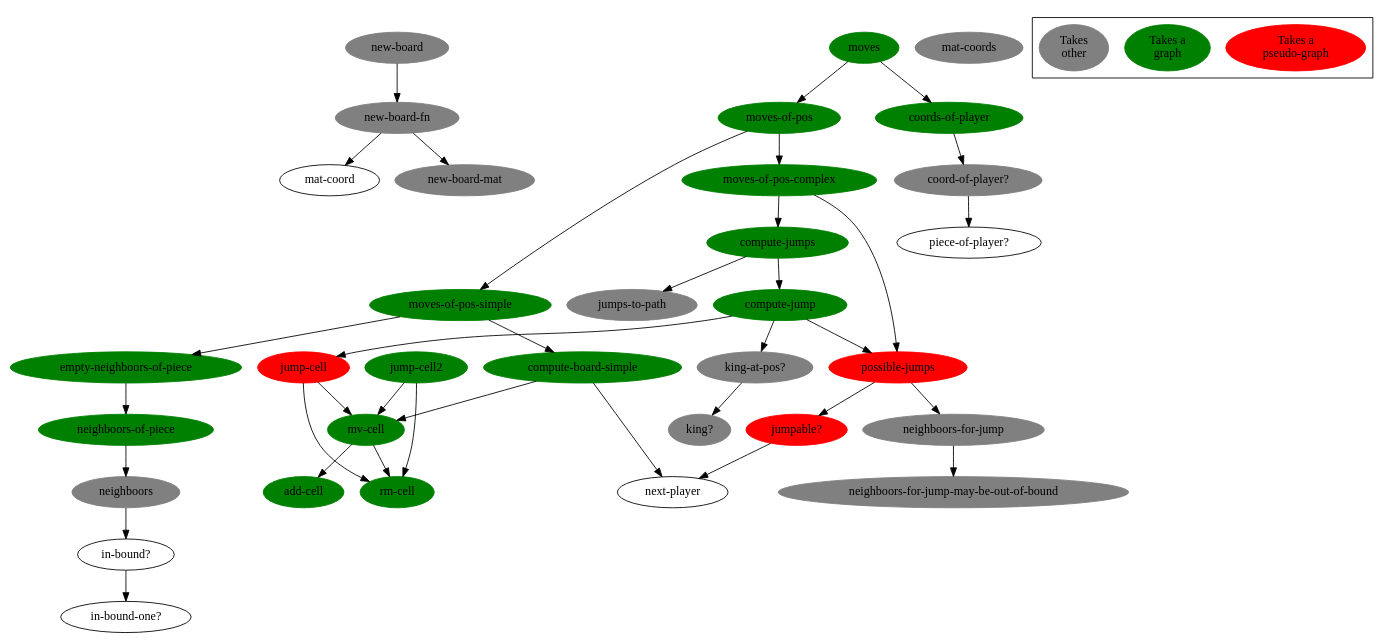
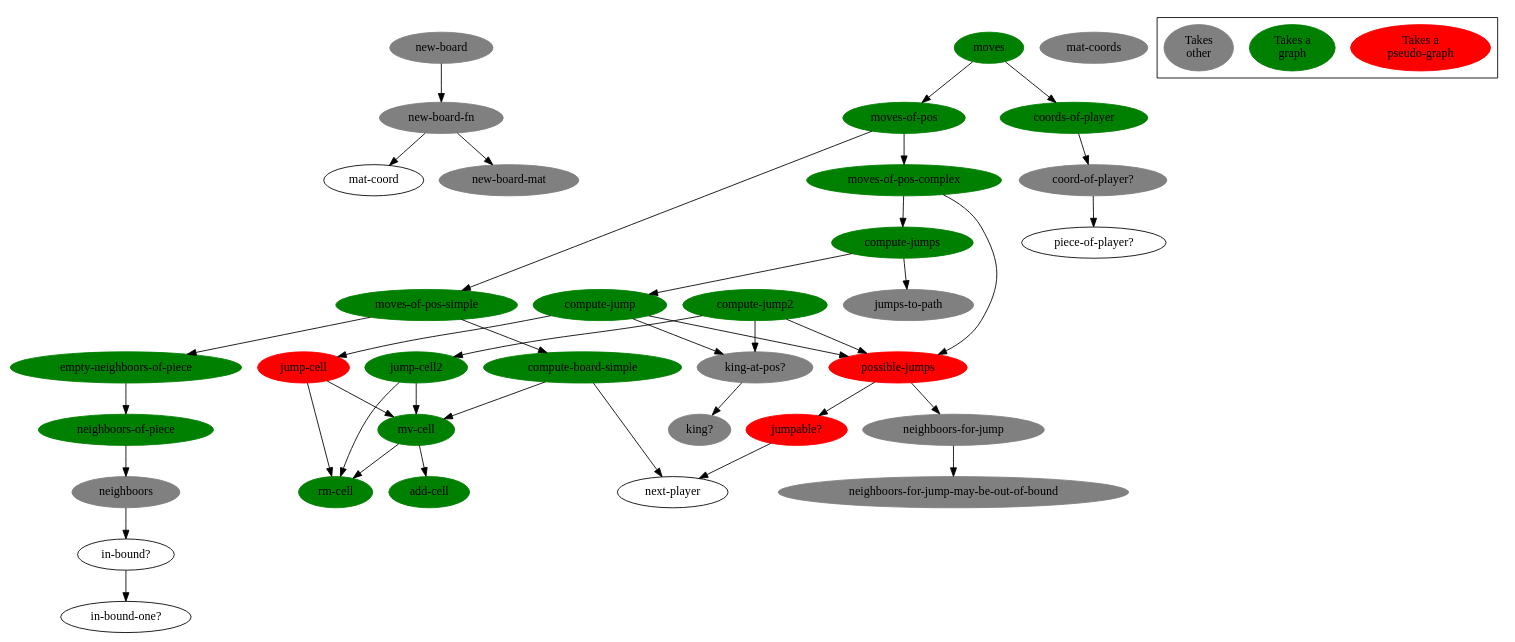
The diagram in doc/function-graph-detailled.dot (denlab/clojure-plays-checkers), drawn with Graphviz before and after one commit. The commit also changed 1 other file, not shown here.

Commit message:
refacto-in-progress: created compute-jump2 branched on jump-cell2, next step: branch compute-jumps on compute-jump2

```diff
--- a/doc/function-graph-detailled.dot
+++ b/doc/function-graph-detailled.dot
@@ -1,117 +1,123 @@
 digraph funtions {
 
 /******************************************************************************
  *                         edges                                              *         
  ******************************************************************************/
 
         "new-board-fn" -> "mat-coord";
         "new-board-fn" -> "new-board-mat";
         
         "new-board" -> "new-board-fn";
 
         "in-bound?" -> "in-bound-one?";
 
         "neighboors" -> "in-bound?";
 
         "neighboors-of-piece" -> "neighboors";
 
         "empty-neighboors-of-piece" -> "neighboors-of-piece";
 
         "mv-cell" -> "rm-cell";
         "mv-cell" -> "add-cell";
 
         "compute-board-simple" -> "mv-cell";
         "compute-board-simple" -> "next-player";
 
         "moves-of-pos-simple" -> "compute-board-simple";
         "moves-of-pos-simple" ->  "empty-neighboors-of-piece";
         
         "neighboors-for-jump" -> "neighboors-for-jump-may-be-out-of-bound";
 
         "jumpable?" -> "next-player";
 
         "possible-jumps" -> "jumpable?";
         "possible-jumps" -> "neighboors-for-jump";
 
         "jump-cell" -> "rm-cell";
         "jump-cell" -> "mv-cell";
 
         "jump-cell2" -> "rm-cell";
         "jump-cell2" -> "mv-cell";
 
         "king-at-pos?" -> "king?";
 
         "compute-jump" -> "jump-cell";
         "compute-jump" -> "possible-jumps";
         "compute-jump" -> "king-at-pos?";
 
+        "compute-jump2" -> "jump-cell2";
+        "compute-jump2" -> "possible-jumps";
+        "compute-jump2" -> "king-at-pos?";
+
         "compute-jumps" -> "compute-jump";
         "compute-jumps" -> "jumps-to-path";
 
         "moves-of-pos-complex" -> "compute-jumps";
         "moves-of-pos-complex" -> "possible-jumps";
 
         "moves-of-pos" -> "moves-of-pos-simple";
         "moves-of-pos" -> "moves-of-pos-complex";
 
         "coord-of-player?" -> "piece-of-player?";
 
         "coords-of-player" -> "coord-of-player?";
 
         "moves" -> "moves-of-pos";
         "moves" -> "coords-of-player";
 
 /******************************************************************************
  *                         nodes                                              *         
  ******************************************************************************/
 
         "moves"[bgcolor=green color=green style=filled];
         "coords-of-player"[bgcolor=green color=green style=filled];
         "moves-of-pos"[bgcolor=green color=green style=filled];
         "moves-of-pos-complex"[bgcolor=green color=green style=filled];
         "moves-of-pos-simple"[bgcolor=green color=green style=filled];
         "compute-board-simple"[bgcolor=green color=green style=filled];
         "mv-cell"[bgcolor=green color=green style=filled];
         "add-cell"[bgcolor=green color=green style=filled];
         "rm-cell"[bgcolor=green color=green style=filled];
         "empty-neighboors-of-piece"[bgcolor=green color=green style=filled];
         "neighboors-of-piece"[bgcolor=green color=green style=filled];
 
         "compute-jump"[bgcolor=green color=green style=filled];
+
+        "compute-jump2"[bgcolor=green color=green style=filled];
 
         "jump-cell"[bgcolor=red color=red style=filled];
         "jump-cell2"[bgcolor=green color=green style=filled];
         "possible-jumps"[bgcolor=red color=red style=filled];
         "jumpable?"[bgcolor=red color=red style=filled];
 
         "coord-of-player?"[bgcolor=grey color=grey style=filled];
         "jumps-to-path"[bgcolor=grey color=grey style=filled];
         "king-at-pos?"[bgcolor=grey color=grey style=filled];
         "king?"[bgcolor=grey color=grey style=filled];
         "neighboors-for-jump"[bgcolor=grey color=grey style=filled];
         "neighboors-for-jump-may-be-out-of-bound"[bgcolor=grey color=grey style=filled];
         "neighboors"[bgcolor=grey color=grey style=filled];
         "new-board"[bgcolor=grey color=grey style=filled];
         "new-board-fn"[bgcolor=grey color=grey style=filled];
         "new-board-mat"[bgcolor=grey color=grey style=filled];
         "mat-coords"[bgcolor=grey color=grey style=filled];
 
 
         "compute-jumps"[bgcolor=green color=green style=filled];
 
 /******************************************************************************
  *                         legend                                             *         
  ******************************************************************************/
 
         "Takes a\npseudo-graph"[bgcolor=red color=red style=filled];
         "Takes a\ngraph"[bgcolor=green color=green style=filled];
 //        "Takes\nother"[bgcolor="#94003f" color="#94003f" style=filled];
         "Takes\nother"[bgcolor=grey color=grey style=filled];
 
         subgraph "cluster-legend" {
                 "Takes a\npseudo-graph";
                 "Takes a\ngraph";
                 "Takes\nother";
         }
 
 }
```
